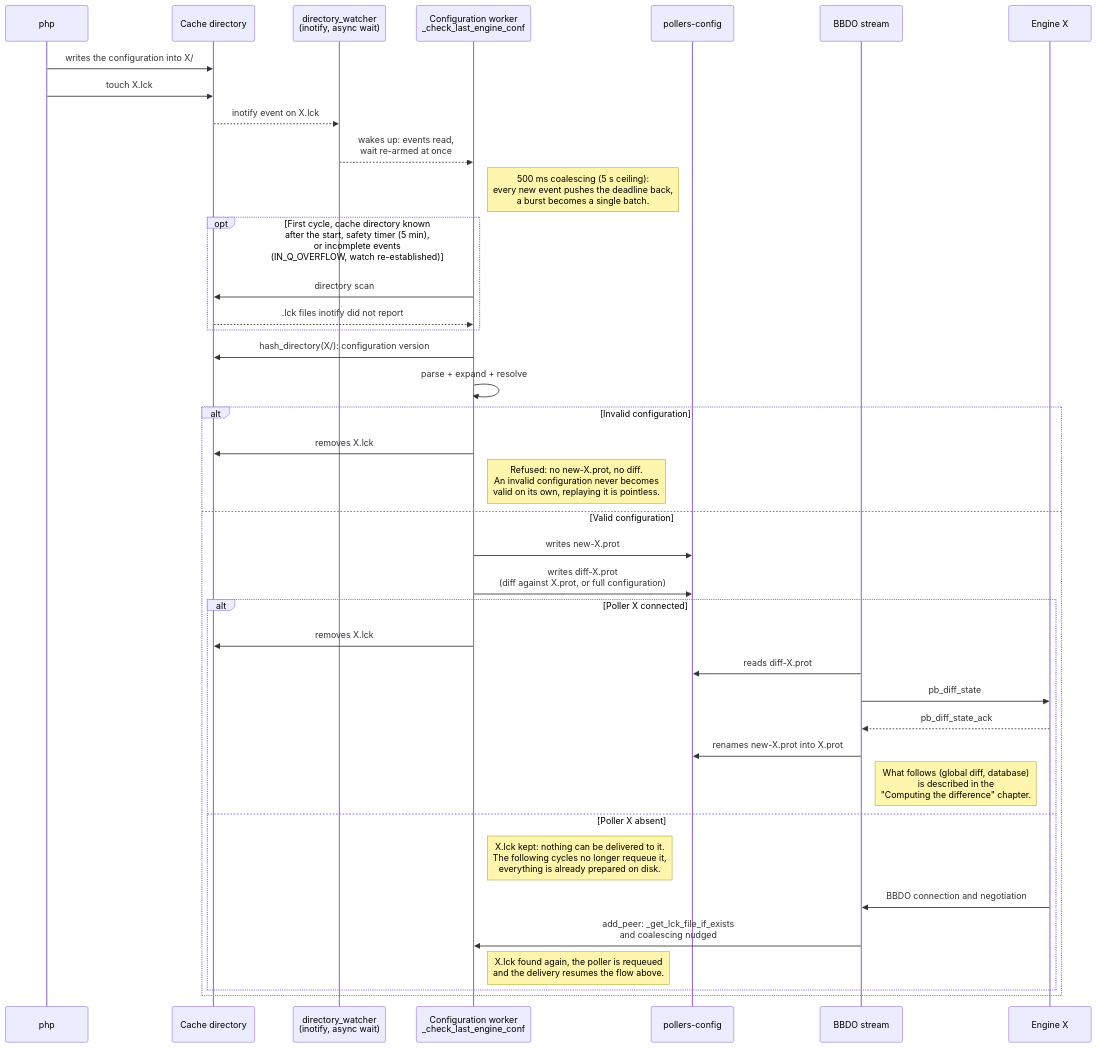
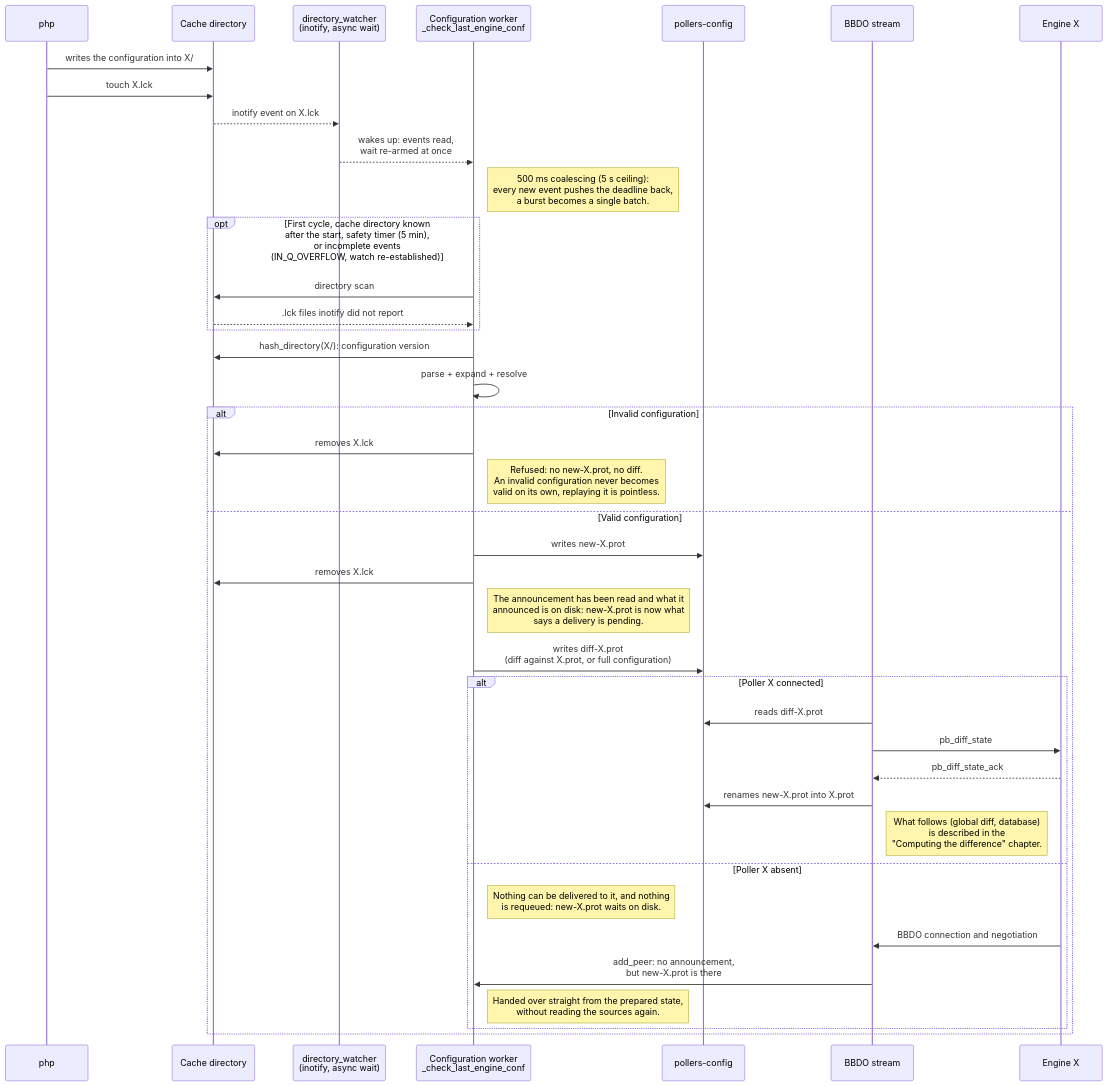
The sixth of 43 diagrams in doc/nego-engine-broker-en.md (centreon/centreon-collect), drawn with Mermaid before and after one commit. The commit also changed other lines of this file and 9 other files, not shown here.

````diff
--- a/doc/nego-engine-broker-en.md
+++ b/doc/nego-engine-broker-en.md
@@ -524,45 +524,46 @@
 ```mermaid
 sequenceDiagram
     participant php
     participant C as Cache directory
     participant W as directory_watcher<br/>(inotify, async wait)
     participant T as Configuration worker<br/>_check_last_engine_conf
     participant P as pollers-config
     participant S as BBDO stream
     participant E as Engine X
 
     php ->> C: writes the configuration into X/
     php ->> C: touch X.lck
     C -->> W: inotify event on X.lck
 
     W -->> T: wakes up: events read,<br/>wait re-armed at once
     Note right of T: 500 ms coalescing (5 s ceiling):<br/>every new event pushes the deadline back,<br/>a burst becomes a single batch.
     opt First cycle, cache directory known<br/>after the start, safety timer (5 min),<br/>or incomplete events<br/>(IN_Q_OVERFLOW, watch re-established)
         T ->> C: directory scan
         C -->> T: .lck files inotify did not report
     end
 
     T ->> C: hash_directory(X/): configuration version
     T ->> T: parse + expand + resolve
 
     alt Invalid configuration
         T ->> C: removes X.lck
         Note right of T: Refused: no new-X.prot, no diff.<br/>An invalid configuration never becomes<br/>valid on its own, replaying it is pointless.
     else Valid configuration
         T ->> P: writes new-X.prot
+        T ->> C: removes X.lck
+        Note right of T: The announcement has been read and what it<br/>announced is on disk: new-X.prot is now what<br/>says a delivery is pending.
         T ->> P: writes diff-X.prot<br/>(diff against X.prot, or full configuration)
         alt Poller X connected
-            T ->> C: removes X.lck
             S ->> P: reads diff-X.prot
             S ->> E: pb_diff_state
             E -->> S: pb_diff_state_ack
             S ->> P: renames new-X.prot into X.prot
             Note right of S: What follows (global diff, database)<br/>is described in the<br/>"Computing the difference" chapter.
         else Poller X absent
-            Note right of T: X.lck kept: nothing can be delivered to it.<br/>The following cycles no longer requeue it,<br/>everything is already prepared on disk.
+            Note right of T: Nothing can be delivered to it, and nothing<br/>is requeued: new-X.prot waits on disk.
             E ->> S: BBDO connection and negotiation
-            S ->> T: add_peer: _get_lck_file_if_exists<br/>and coalescing nudged
-            Note right of T: X.lck found again, the poller is requeued<br/>and the delivery resumes the flow above.
+            S ->> T: add_peer: no announcement,<br/>but new-X.prot is there
+            Note right of T: Handed over straight from the prepared state,<br/>without reading the sources again.
         end
     end
 ```
````
